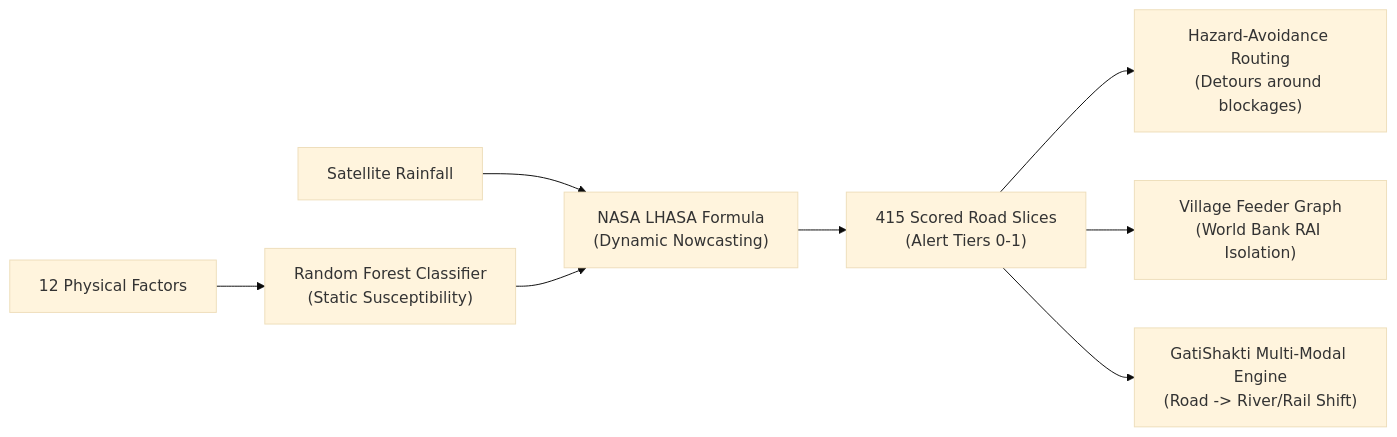
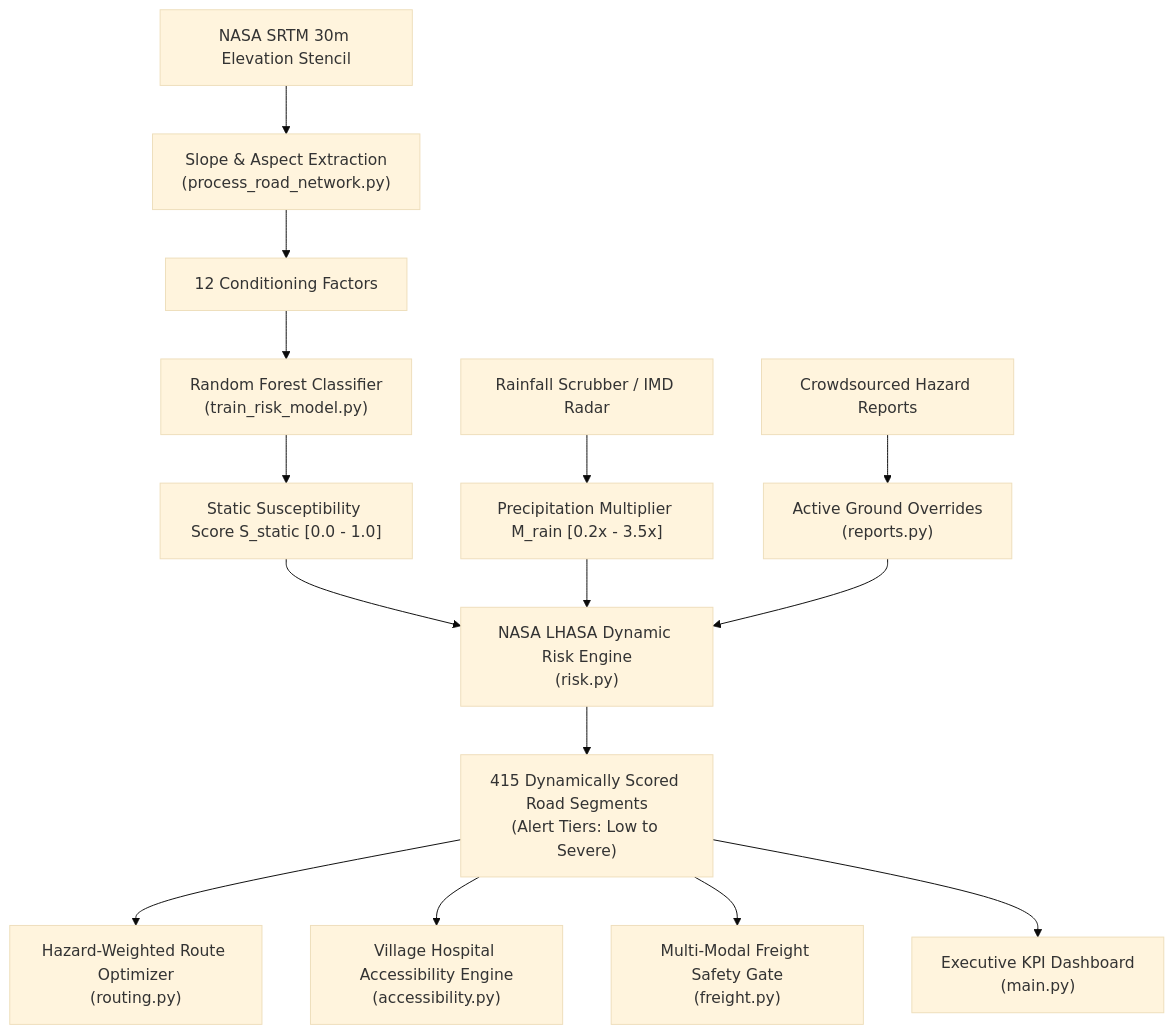
One commit to Deeppatil-AI/SETUMARG changed the diagram in SETUMARG_COMPLETE_GUIDE.md. Above: the diagram before and after it, drawn with Mermaid (base theme). The commit also changed other lines of this file and 5 other files, not shown here.

````diff
--- a/SETUMARG_COMPLETE_GUIDE.md
+++ b/SETUMARG_COMPLETE_GUIDE.md
@@ -166,10 +23,17 @@
 ```mermaid
-graph LR
-    A["12 Physical Factors"] --> B["Random Forest Classifier\n(Static Susceptibility)"]
-    C["Satellite Rainfall"] --> D["NASA LHASA Formula\n(Dynamic Nowcasting)"]
-    B --> D
-    D --> E["415 Scored Road Slices\n(Alert Tiers 0-1)"]
-    E --> F["Hazard-Avoidance Routing\n(Detours around blockages)"]
-    E --> G["Village Feeder Graph\n(World Bank RAI Isolation)"]
-    E --> H["GatiShakti Multi-Modal Engine\n(Road -> River/Rail Shift)"]
+graph TD
+    A["NASA SRTM 30m Elevation Stencil"] --> B["Slope & Aspect Extraction\n(process_road_network.py)"]
+    B --> C["12 Conditioning Factors"]
+    C --> D["Random Forest Classifier\n(train_risk_model.py)"]
+    D --> E["Static Susceptibility Score S_static [0.0 - 1.0]"]
+    F["Rainfall Scrubber / IMD Radar"] --> G["Precipitation Multiplier M_rain [0.2x - 3.5x]"]
+    H["Crowdsourced Hazard Reports"] --> I["Active Ground Overrides\n(reports.py)"]
+    E --> J["NASA LHASA Dynamic Risk Engine\n(risk.py)"]
+    G --> J
+    I --> J
+    J --> K["415 Dynamically Scored Road Segments\n(Alert Tiers: Low to Severe)"]
+    K --> L["Hazard-Weighted Route Optimizer\n(routing.py)"]
+    K --> M["Village Hospital Accessibility Engine\n(accessibility.py)"]
+    K --> N["Multi-Modal Freight Safety Gate\n(freight.py)"]
+    K --> O["Executive KPI Dashboard\n(main.py)"]
 ```
````
